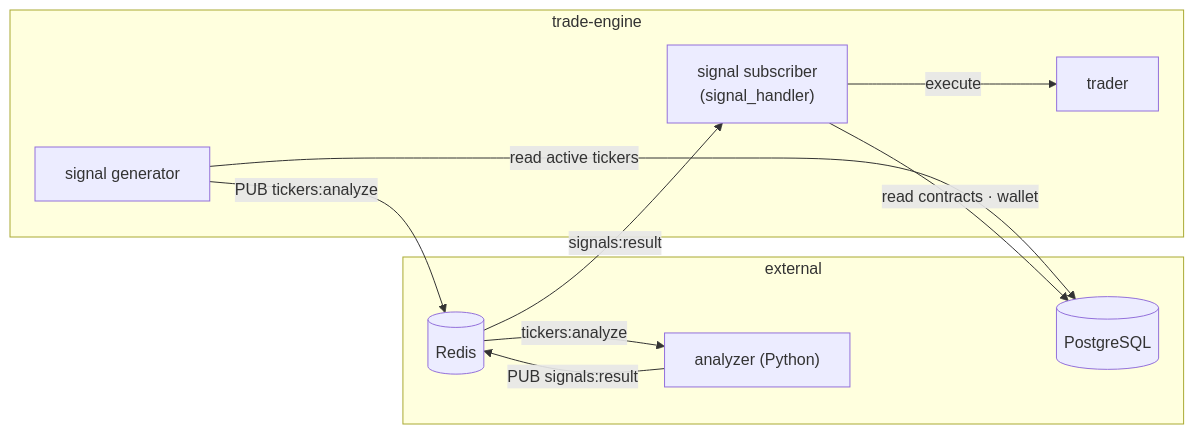
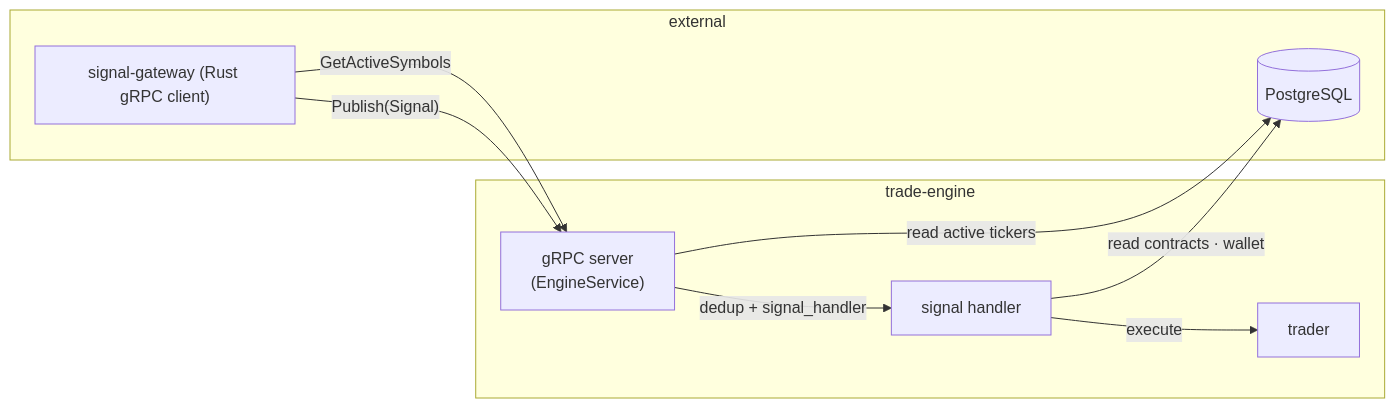
The first of 7 diagrams in process/trade-engine/README.md (N-Choo/CoinBot.v3), drawn with Mermaid before and after one commit. The commit also changed other lines of this file and 181 other files, not shown here.

First line of the commit message:
feat: replaced analyzer with Signal Gateway  (#15)

````diff
--- a/process/trade-engine/README.md
+++ b/process/trade-engine/README.md
@@ -44,21 +46,19 @@
 ```mermaid
 flowchart LR
     subgraph TE["trade-engine"]
-        SG["signal generator"]
-        SH["signal subscriber<br/>(signal_handler)"]
+        GR["gRPC server<br/>(EngineService)"]
+        SH["signal handler"]
         TR["trader"]
     end
     subgraph EXT["external"]
-        RD[("Redis")]
-        AN["analyzer (Python)"]
+        SG["signal-gateway (Rust gRPC client)"]
         PG[("PostgreSQL")]
     end
 
-    SG -->|"PUB tickers:analyze"| RD
-    SG -->|"read active tickers"| PG
-    RD -->|"tickers:analyze"| AN
-    AN -->|"PUB signals:result"| RD
-    RD -->|"signals:result"| SH
+    SG -->|"GetActiveSymbols"| GR
+    GR -->|"read active tickers"| PG
+    SG -->|"Publish(Signal)"| GR
+    GR -->|"dedup + signal_handler"| SH
     SH -->|"read contracts · wallet"| PG
     SH -->|"execute"| TR
 ```
````
